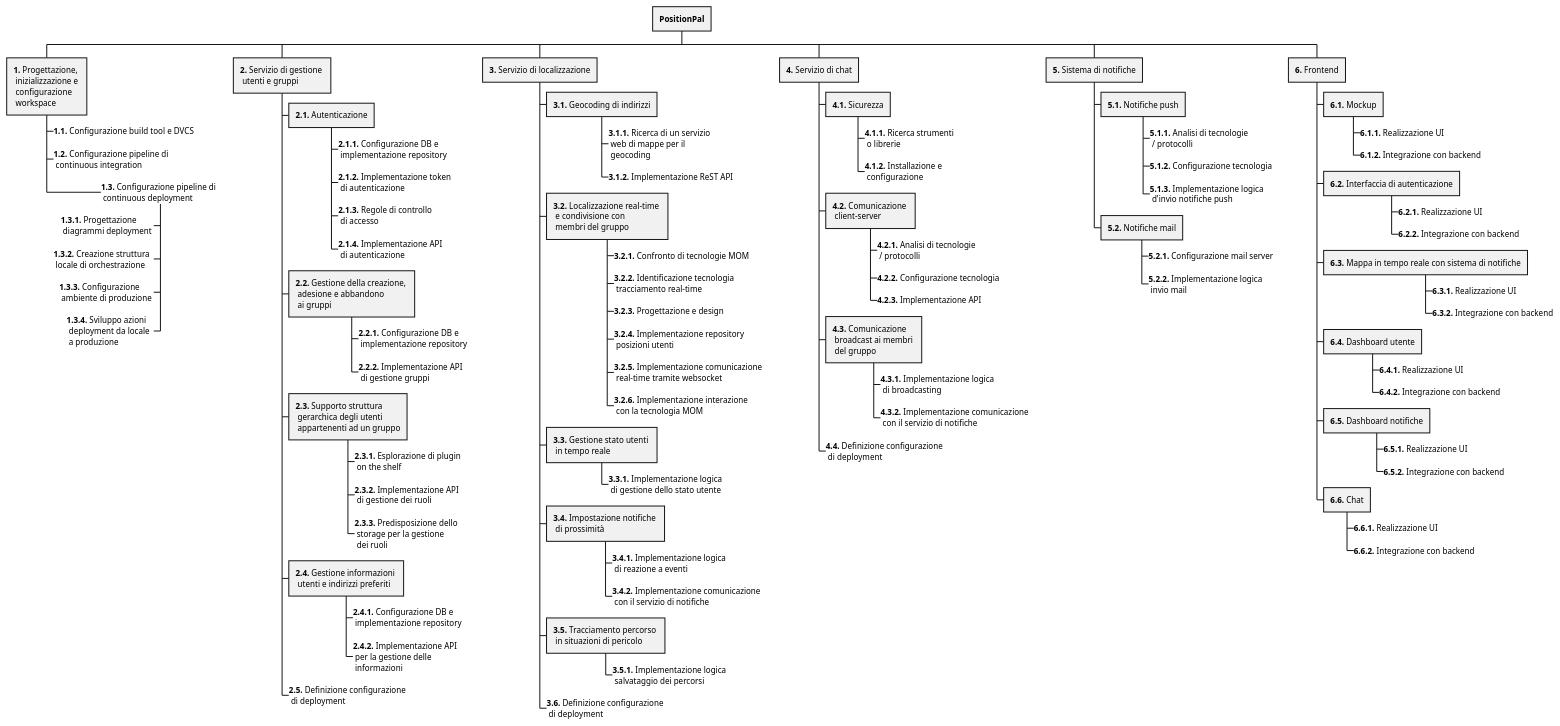
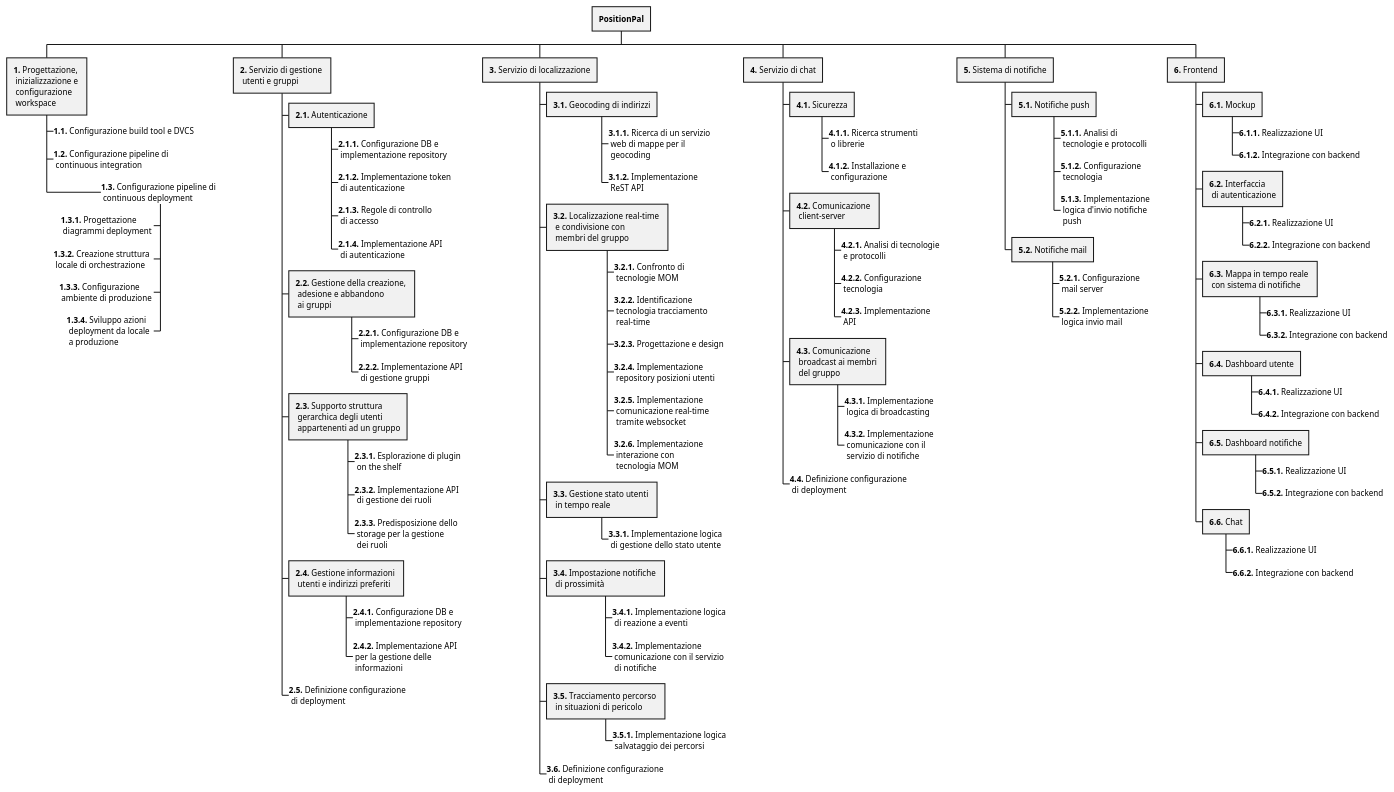
The diagram in _attachments/3-wbs.md (position-pal/PM-report), drawn with PlantUML before and after one commit.

Commit message:
improve schema wbs

```diff
--- a/_attachments/3-wbs.md
+++ b/_attachments/3-wbs.md
@@ -133,19 +133,19 @@
 ++ **3.** Servizio di localizzazione
 +++ **3.1.** Geocoding di indirizzi
 ++++_ **3.1.1.** Ricerca di un servizio \n web di mappe per il \n geocoding
-++++_ **3.1.2.** Implementazione ReST API
+++++_ **3.1.2.** Implementazione \n ReST API
 +++ **3.2.** Localizzazione real-time \n e condivisione con \n membri del gruppo
-++++_ **3.2.1.** Confronto di tecnologie MOM
-++++_ **3.2.2.** Identificazione tecnologia \n tracciamento real-time
+++++_ **3.2.1.** Confronto di \n tecnologie MOM
+++++_ **3.2.2.** Identificazione \n tecnologia tracciamento \n real-time
 ++++_ **3.2.3.** Progettazione e design
-++++_ **3.2.4.** Implementazione repository \n posizioni utenti
-++++_ **3.2.5.** Implementazione comunicazione \n real-time tramite websocket
-++++_ **3.2.6.** Implementazione interazione \n con la tecnologia MOM
+++++_ **3.2.4.** Implementazione \n repository posizioni utenti
+++++_ **3.2.5.** Implementazione \n comunicazione real-time \n tramite websocket
+++++_ **3.2.6.** Implementazione \n interazione con \n tecnologia MOM
 +++ **3.3.** Gestione stato utenti \n in tempo reale
 ++++_ **3.3.1.** Implementazione logica \n di gestione dello stato utente
 +++ **3.4.** Impostazione notifiche \n di prossimità
 ++++_ **3.4.1.** Implementazione logica \n di reazione a eventi
-++++_ **3.4.2.** Implementazione comunicazione \n con il servizio di notifiche
+++++_ **3.4.2.** Implementazione \n comunicazione con il servizio \n di notifiche
 +++ **3.5.** Tracciamento percorso \n in situazioni di pericolo
 ++++_ **3.5.1.** Implementazione logica \n salvataggio dei percorsi
 +++_ **3.6.** Definizione configurazione \n di deployment
@@ -155,31 +155,31 @@
 ++++_ **4.1.1.** Ricerca strumenti \n o librerie
 ++++_ **4.1.2.** Installazione e \n configurazione
 +++ **4.2.** Comunicazione \n client-server
-++++_ **4.2.1.** Analisi di tecnologie \n / protocolli
-++++_ **4.2.2.** Configurazione tecnologia
-++++_ **4.2.3.** Implementazione API
+++++_ **4.2.1.** Analisi di tecnologie \n e protocolli
+++++_ **4.2.2.** Configurazione \n tecnologia
+++++_ **4.2.3.** Implementazione \n API
 +++ **4.3.** Comunicazione \n broadcast ai membri \n del gruppo
-++++_ **4.3.1.** Implementazione logica \n di broadcasting
-++++_ **4.3.2.** Implementazione comunicazione \n con il servizio di notifiche
+++++_ **4.3.1.** Implementazione \n logica di broadcasting
+++++_ **4.3.2.** Implementazione \n comunicazione con il \n servizio di notifiche
 +++_ **4.4.** Definizione configurazione \n di deployment
 
 ++ **5.** Sistema di notifiche
 +++ **5.1.** Notifiche push
-++++_ **5.1.1.** Analisi di tecnologie \n / protocolli
-++++_ **5.1.2.** Configurazione tecnologia
-++++_ **5.1.3.** Implementazione logica \n d'invio notifiche push
+++++_ **5.1.1.** Analisi di \n tecnologie e protocolli
+++++_ **5.1.2.** Configurazione \n tecnologia
+++++_ **5.1.3.** Implementazione \n logica d'invio notifiche \n push
 +++ **5.2.** Notifiche mail
-++++_ **5.2.1.** Configurazione mail server
-++++_ **5.2.2.** Implementazione logica \n invio mail
+++++_ **5.2.1.** Configurazione \n mail server
+++++_ **5.2.2.** Implementazione \n logica invio mail
 
 ++ **6.** Frontend
 +++ **6.1.** Mockup
 ++++_ **6.1.1.** Realizzazione UI
 ++++_ **6.1.2.** Integrazione con backend
-+++ **6.2.** Interfaccia di autenticazione
++++ **6.2.** Interfaccia \n di autenticazione
 ++++_ **6.2.1.** Realizzazione UI
 ++++_ **6.2.2.** Integrazione con backend
-+++ **6.3.** Mappa in tempo reale con sistema di notifiche
++++ **6.3.** Mappa in tempo reale \n con sistema di notifiche
 ++++_ **6.3.1.** Realizzazione UI
 ++++_ **6.3.2.** Integrazione con backend
 +++ **6.4.** Dashboard utente
```
